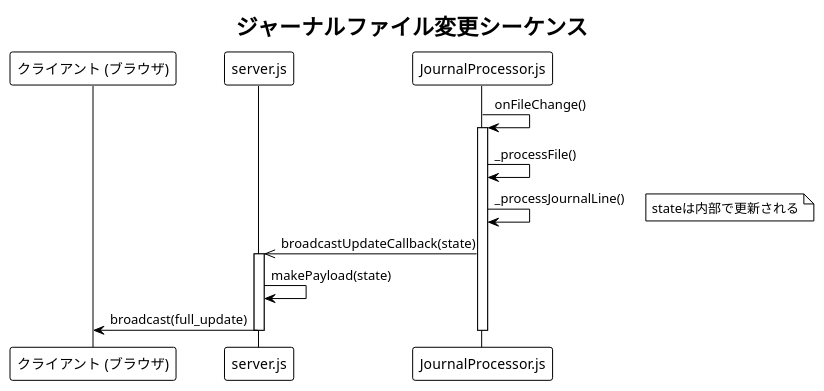
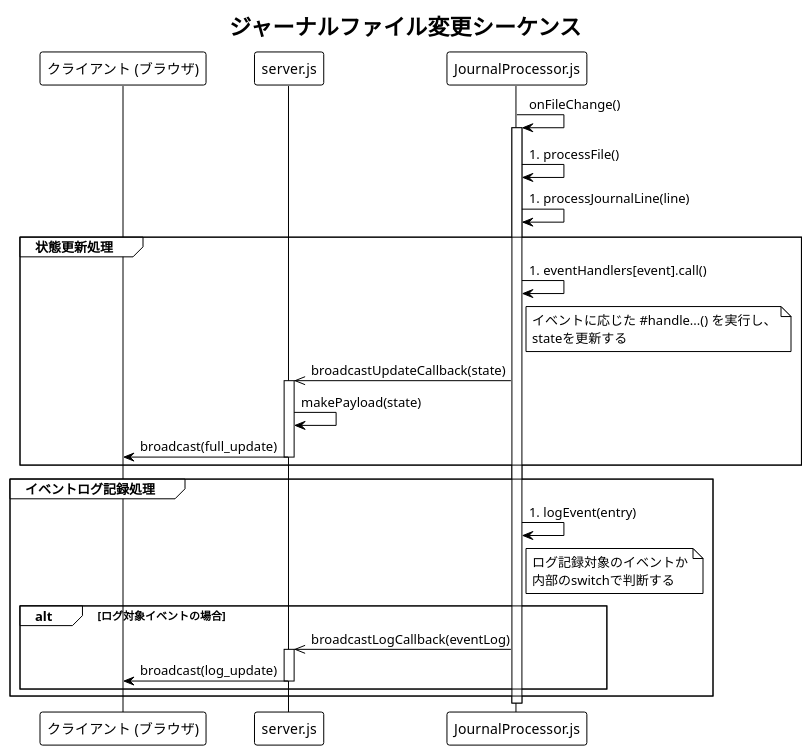
The first of 2 diagrams in DESIGN.md (d11j/ed-dashboard), drawn with PlantUML before and after one commit. The commit also changed other lines of this file and 2 other files, not shown here.

Commit message:
Refactor/journal processor handlers (#12)
* chore: ESLintのコンフィグにcurlyルールを追加、no-unused-varsルールの緩和

* refactor: ジャーナル処理をイベントハンドラマップを経由するように修正

* docs: リファクタリングの内容をシーケンス図に反映

````diff
--- a/DESIGN.md
+++ b/DESIGN.md
@@ -36,22 +36,38 @@
 ```plantuml
 @startuml
 !theme plain
 title ジャーナルファイル変更シーケンス
 
 participant "クライアント (ブラウザ)" as Client
 participant "server.js" as Server
 participant "JournalProcessor.js" as Processor
 
 Processor -> Processor: onFileChange()
 activate Processor
-Processor -> Processor: _processFile()
-Processor -> Processor: _processJournalLine()
-note right: stateは内部で更新される
-Processor ->> Server: broadcastUpdateCallback(state)
-activate Server
-Server -> Server: makePayload(state)
-Server -> Client: broadcast(full_update)
-deactivate Server
+Processor -> Processor: #processFile()
+Processor -> Processor: #processJournalLine(line)
+
+group 状態更新処理
+    Processor -> Processor: #eventHandlers[event].call()
+    note right of Processor: イベントに応じた #handle...() を実行し、\nstateを更新する
+    Processor ->> Server: broadcastUpdateCallback(state)
+    activate Server
+    Server -> Server: makePayload(state)
+    Server -> Client: broadcast(full_update)
+    deactivate Server
+end
+
+group イベントログ記録処理
+    Processor -> Processor: #logEvent(entry)
+    note right of Processor: ログ記録対象のイベントか\n内部のswitchで判断する
+    alt ログ対象イベントの場合
+        Processor ->> Server: broadcastLogCallback(eventLog)
+        activate Server
+        Server -> Client: broadcast(log_update)
+        deactivate Server
+    end
+end
+
 deactivate Processor
 @enduml
 ```
````
